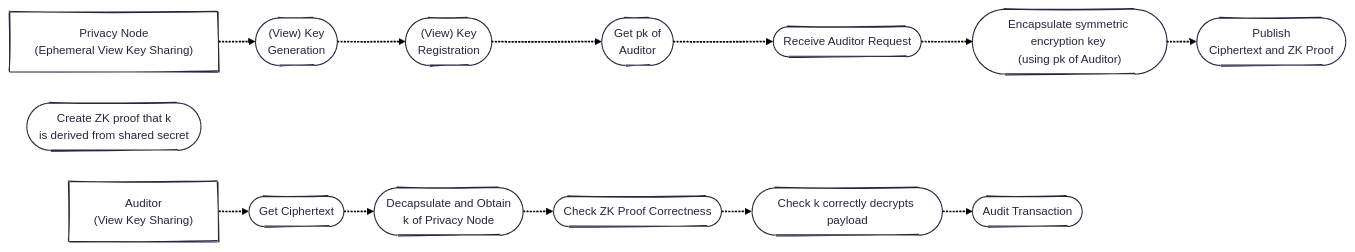
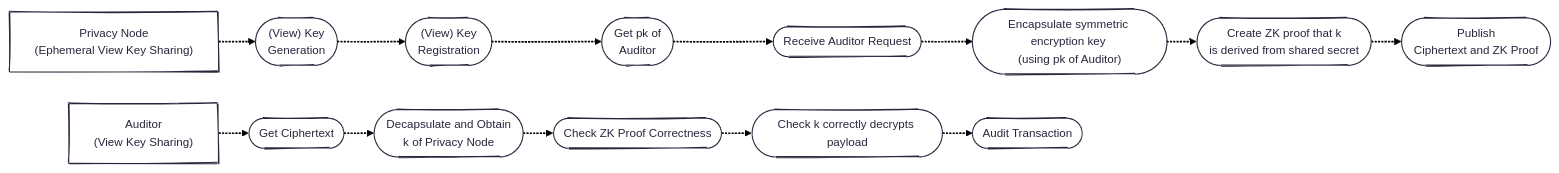
Before and after one commit to raylsnetwork/Enygma: the sixth of 6 diagrams in enygma_payments/protocol_description.md, drawn with Mermaid.

````diff
--- a/enygma_payments/protocol_description.md
+++ b/enygma_payments/protocol_description.md
@@ -240,31 +240,31 @@
 ```mermaid
 ---
 config:
   theme: redux
   layout: elk
   look: handDrawn
 ---
 flowchart LR
 
     pn["Privacy Node<br>(Ephemeral View Key Sharing)"]
     keygen(["(View) Key<br>Generation"])
     key_registration(["(View) Key<br>Registration"])
     get_auditor_key(["Get pk of<br>Auditor"])
     receive_request(["Receive Auditor Request"])
     encrypt(["Encapsulate symmetric encryption key <br>(using pk of Auditor)"])
     zk_prove(["Create ZK proof that k<br> is derived from shared secret"])
     publish(["Publish<br>Ciphertext and ZK Proof"])
 
-    pn -.-> keygen -.-> key_registration -.-> get_auditor_key -.-> receive_request -.-> encrypt -.-> publish
+    pn -.-> keygen -.-> key_registration -.-> get_auditor_key -.-> receive_request -.-> encrypt -.-> zk_prove -.-> publish
 
 
     auditor2["Auditor<br>(View Key Sharing)"]
     get_ciphertext(["Get Ciphertext"])
     decrypt(["Decapsulate and Obtain<br>k of Privacy Node"])
     check_zk(["Check ZK Proof Correctness"])
     check_enc(["Check k correctly decrypts payload"])
     audit_tx(["Audit Transaction"])
 
     auditor2 -.-> get_ciphertext -.-> decrypt -.-> check_zk -.-> check_enc -.-> audit_tx
 
 ```
````
